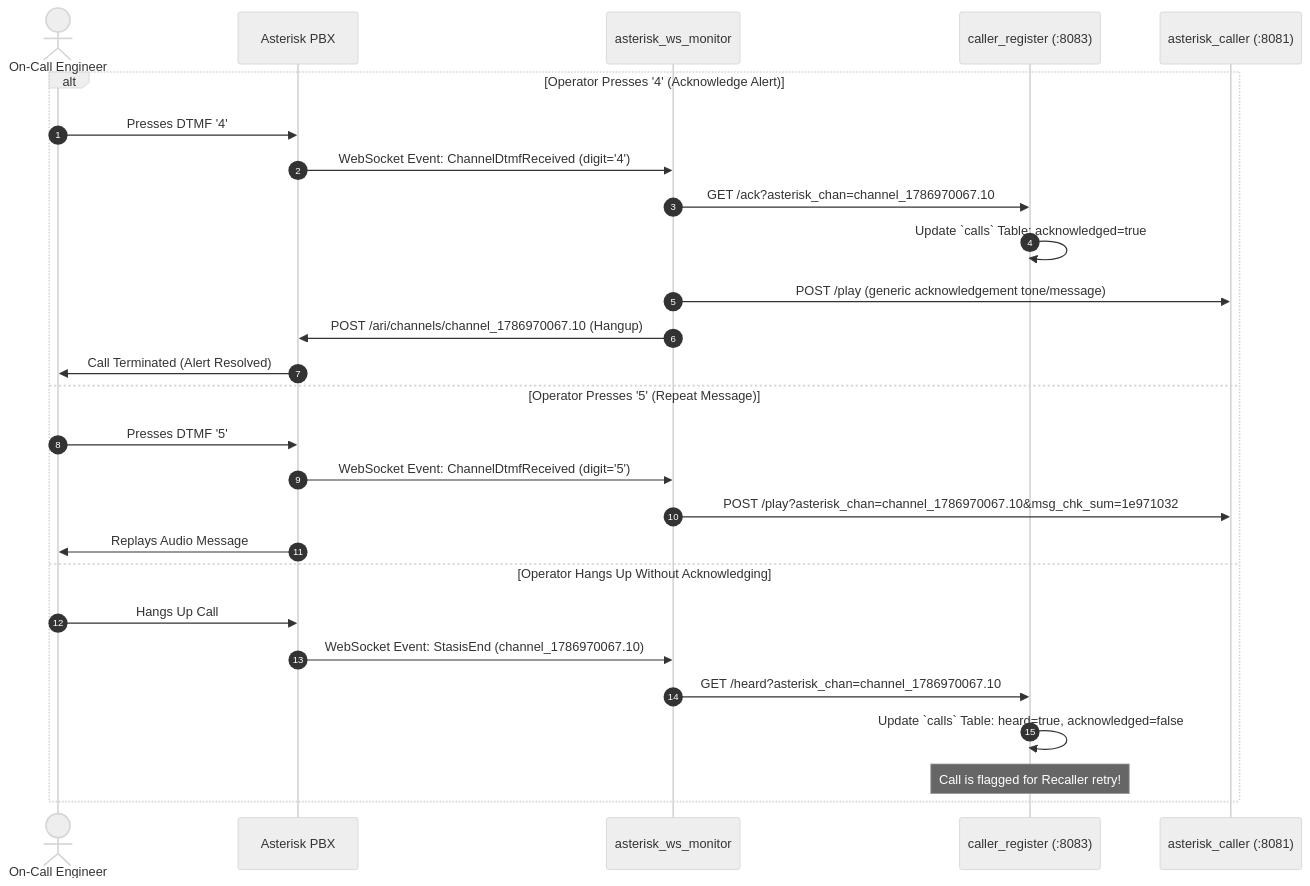
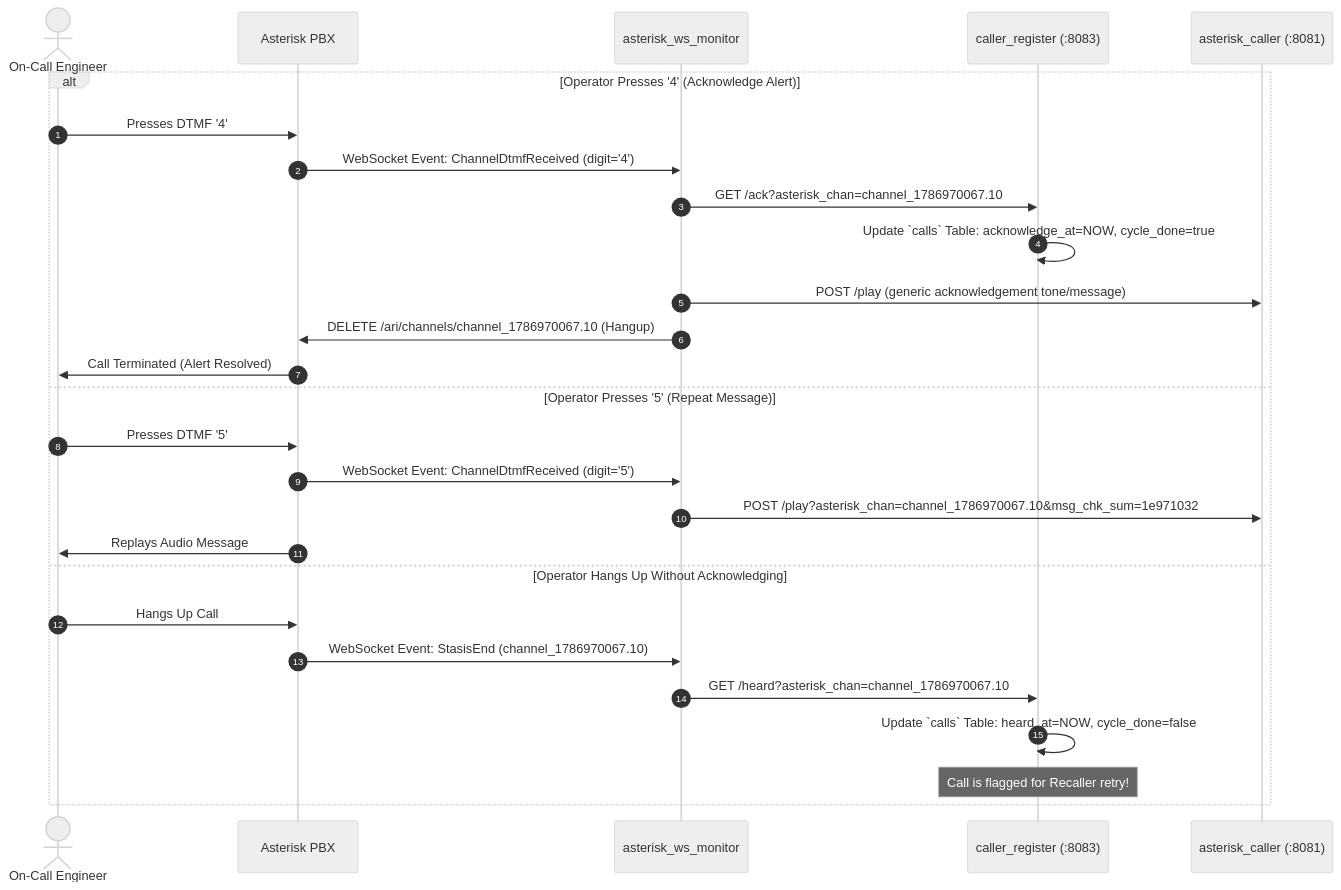
The third of 10 diagrams in docs/architecture-and-call-flows.md (jcfdeb/py-phone-caller), drawn with Mermaid (neutral theme) before and after one commit. The commit also changed other lines of this file and 29 other files, not shown here.

````diff
--- a/docs/architecture-and-call-flows.md
+++ b/docs/architecture-and-call-flows.md
@@ -189,32 +197,32 @@
 ```mermaid
 sequenceDiagram
     autonumber
     actor Operator as On-Call Engineer
     participant AST as Asterisk PBX
     participant WSM as asterisk_ws_monitor
     participant CR as caller_register (:8083)
     participant AC as asterisk_caller (:8081)
 
     alt Operator Presses '4' (Acknowledge Alert)
         Operator->>AST: Presses DTMF '4'
         AST->>WSM: WebSocket Event: ChannelDtmfReceived (digit='4')
         WSM->>CR: GET /ack?asterisk_chan=channel_1786970067.10
-        CR->>CR: Update `calls` Table: acknowledged=true
+        CR->>CR: Update `calls` Table: acknowledge_at=NOW, cycle_done=true
         WSM->>AC: POST /play (generic acknowledgement tone/message)
-        WSM->>AST: POST /ari/channels/channel_1786970067.10 (Hangup)
+        WSM->>AST: DELETE /ari/channels/channel_1786970067.10 (Hangup)
         AST->>Operator: Call Terminated (Alert Resolved)
 
     else Operator Presses '5' (Repeat Message)
         Operator->>AST: Presses DTMF '5'
         AST->>WSM: WebSocket Event: ChannelDtmfReceived (digit='5')
         WSM->>AC: POST /play?asterisk_chan=channel_1786970067.10&msg_chk_sum=1e971032
         AST->>Operator: Replays Audio Message
 
     else Operator Hangs Up Without Acknowledging
         Operator->>AST: Hangs Up Call
         AST->>WSM: WebSocket Event: StasisEnd (channel_1786970067.10)
         WSM->>CR: GET /heard?asterisk_chan=channel_1786970067.10
-        CR->>CR: Update `calls` Table: heard=true, acknowledged=false
+        CR->>CR: Update `calls` Table: heard_at=NOW, cycle_done=false
         Note over CR: Call is flagged for Recaller retry!
     end
 ```
````
